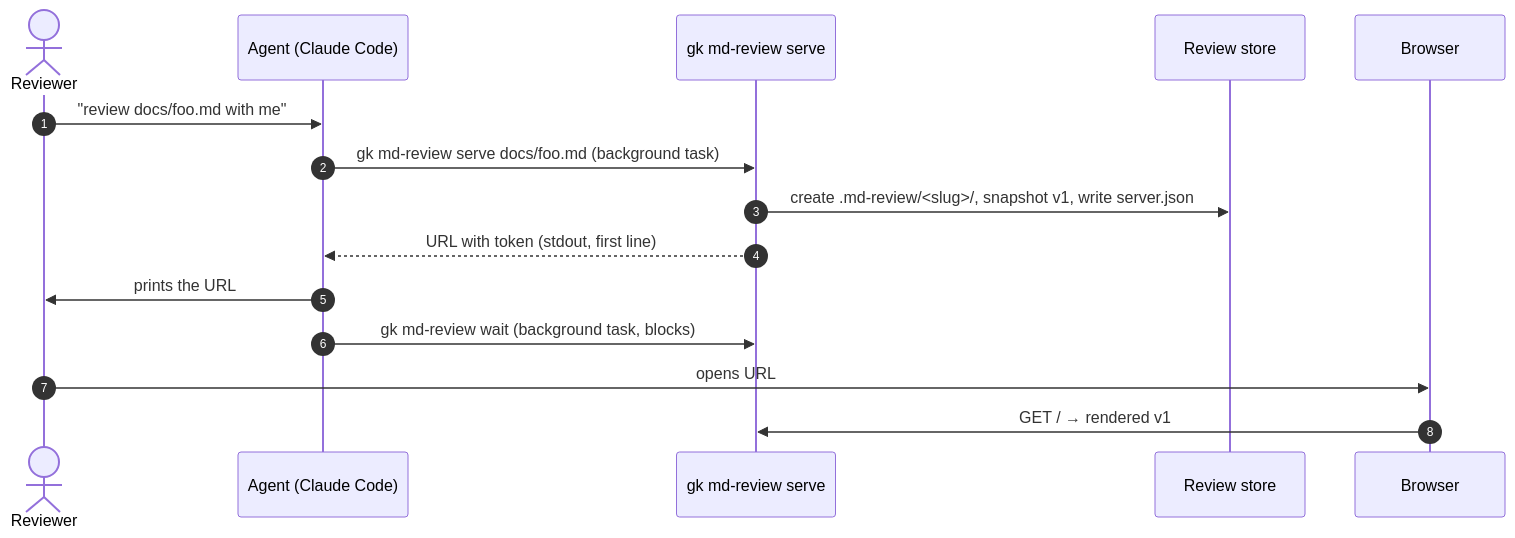
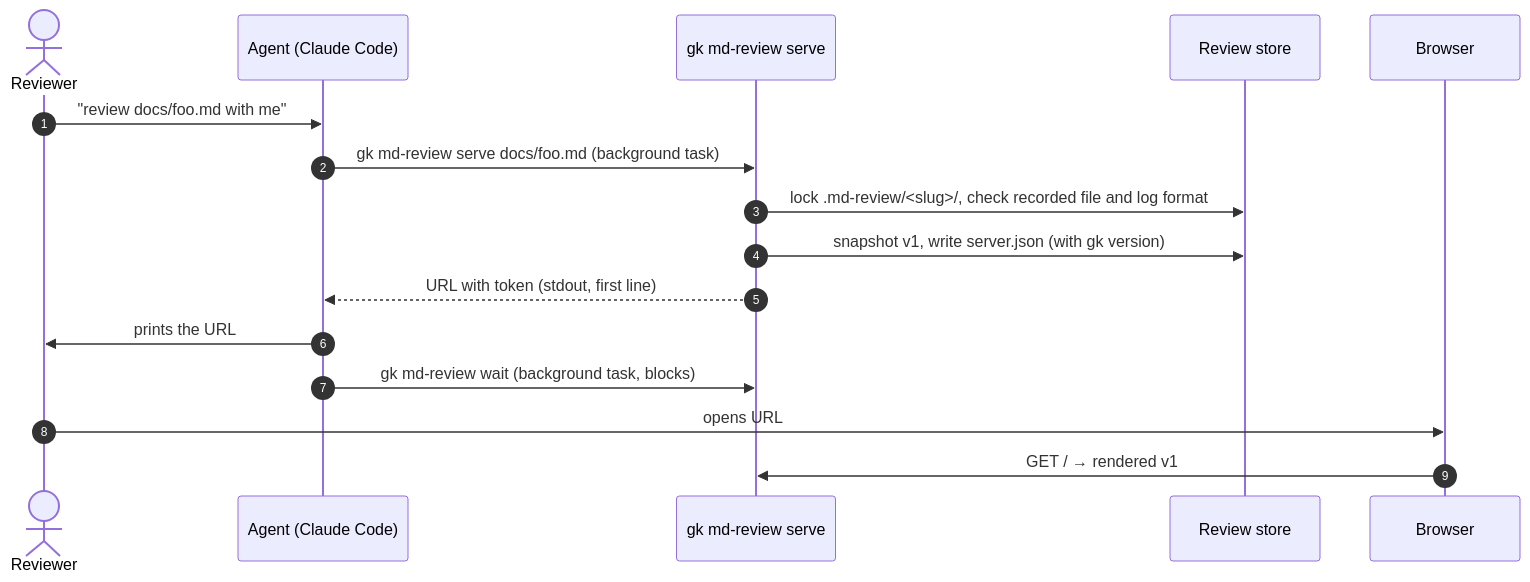
Before and after one commit to msurkovsky/gist: the fourth of 7 diagrams in docs/design/md-review-hld.md, drawn with Mermaid. The commit also changed other lines of this file, not shown here.

First line of the commit message:
Apply the CEO review decisions to the review HLD

````diff
--- a/docs/design/md-review-hld.md
+++ b/docs/design/md-review-hld.md
@@ -190,18 +220,19 @@
 ```mermaid
 sequenceDiagram
   autonumber
   actor H as Reviewer
   participant A as Agent (Claude Code)
   participant S as gk md-review serve
   participant FS as Review store
   participant B as Browser
 
   H->>A: "review docs/foo.md with me"
   A->>S: gk md-review serve docs/foo.md (background task)
-  S->>FS: create .md-review/<slug>/, snapshot v1, write server.json
+  S->>FS: lock .md-review/<slug>/, check recorded file and log format
+  S->>FS: snapshot v1, write server.json (with gk version)
   S-->>A: URL with token (stdout, first line)
   A->>H: prints the URL
   A->>S: gk md-review wait (background task, blocks)
   H->>B: opens URL
   B->>S: GET / → rendered v1
 ```
````
